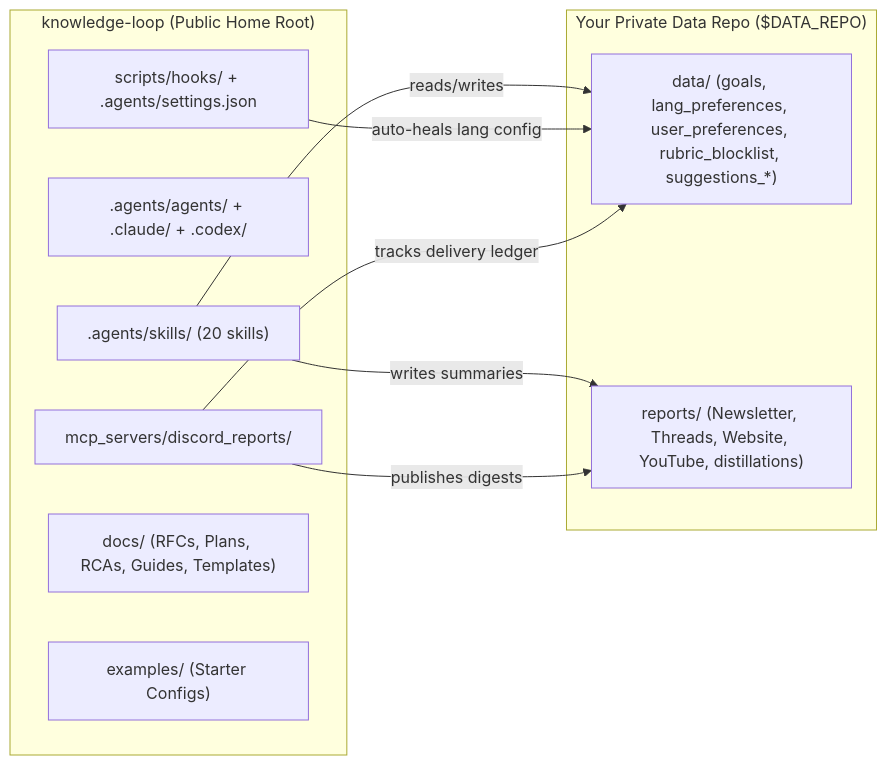
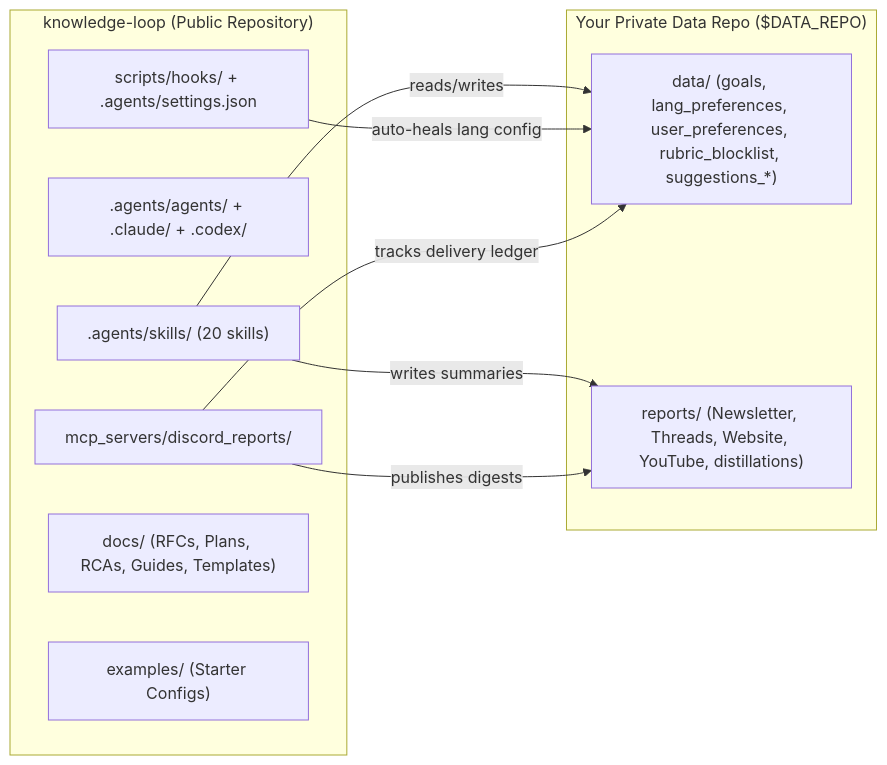
The diagram in README.md (allanbian1017/knowledge-loop), drawn with Mermaid before and after one commit. The commit also changed other lines of this file and 34 other files, not shown here.

Commit message:
chore: address PR review feedback (keep EvolutionLog, rename setup-guide, remove Home Root naming, add config examples)

````diff
--- a/README.md
+++ b/README.md
@@ -11,22 +11,22 @@
 ```mermaid
 graph LR
-    subgraph Home["knowledge-loop (Public Home Root)"]
+    subgraph Home["knowledge-loop (Public Repository)"]
         Skills[".agents/skills/ (20 skills)"]
         Personas[".agents/agents/ + .claude/ + .codex/"]
         Hooks["scripts/hooks/ + .agents/settings.json"]
         MCP["mcp_servers/discord_reports/"]
         Docs["docs/ (RFCs, Plans, RCAs, Guides, Templates)"]
         Examples["examples/ (Starter Configs)"]
     end
 
     subgraph Data["Your Private Data Repo ($DATA_REPO)"]
         Prefs["data/ (goals, lang_preferences, user_preferences, rubric_blocklist, suggestions_*)"]
         Reports["reports/ (Newsletter, Threads, Website, YouTube, distillations)"]
     end
 
     Skills -->|"reads/writes"| Prefs
     Skills -->|"writes summaries"| Reports
     Hooks -->|"auto-heals lang config"| Prefs
     MCP -->|"publishes digests"| Reports
     MCP -->|"tracks delivery ledger"| Prefs
 ```
````
